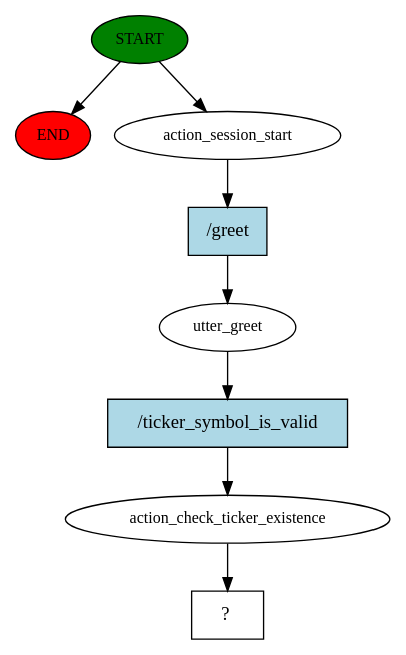
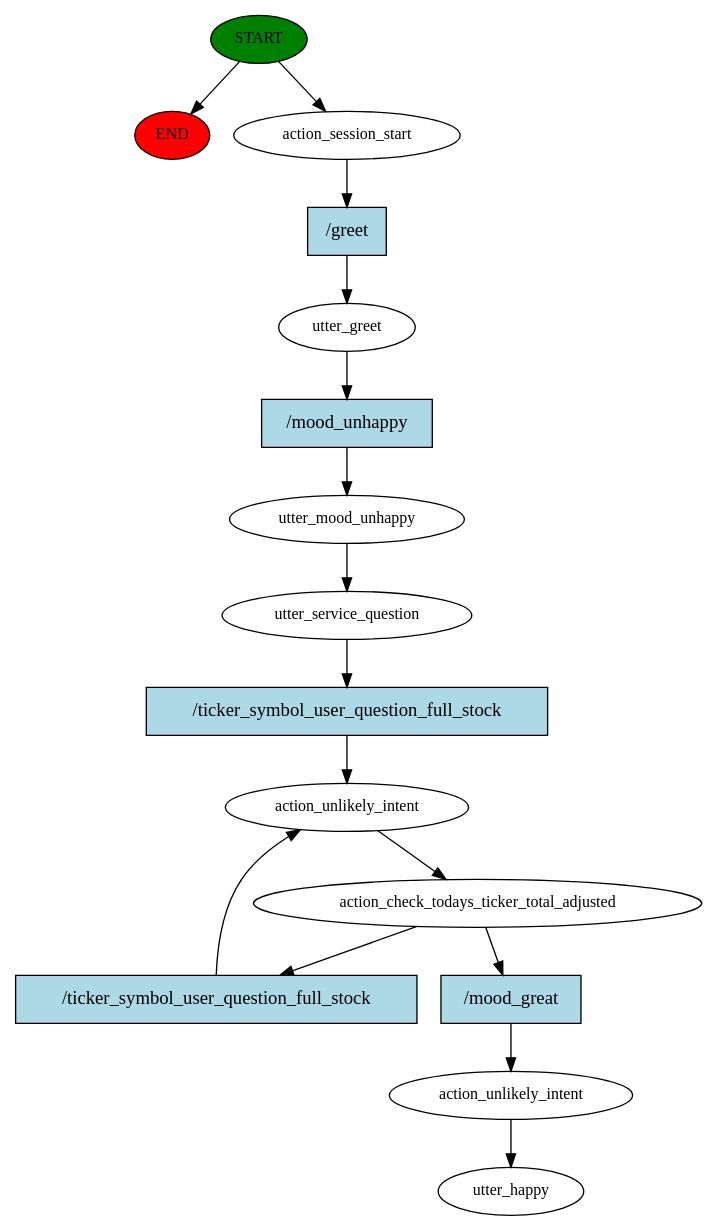
One commit to pauljmello/ChatBot changed the diagram in story_graph.dot. Above: the diagram before and after it, drawn with Graphviz. The commit also changed 749 other files, not shown here.

```diff
--- a/story_graph.dot
+++ b/story_graph.dot
@@ -1,17 +1,32 @@
 digraph  {
 0 [class="start active", fillcolor=green, fontsize=12, label=START, style=filled];
 "-1" [class=end, fillcolor=red, fontsize=12, label=END, style=filled];
 1 [class=active, fontsize=12, label=action_session_start];
 2 [class=active, fontsize=12, label=utter_greet];
-3 [class=active, fontsize=12, label=action_check_ticker_existence];
-4 [class="intent dashed active", label="  ?  ", shape=rect];
-5 [class="intent active", fillcolor=lightblue, label="/greet", shape=rect, style=filled];
-6 [class="intent active", fillcolor=lightblue, label="/ticker_symbol_is_valid", shape=rect, style=filled];
+3 [class=active, fontsize=12, label=utter_mood_unhappy];
+4 [class=active, fontsize=12, label=utter_service_question];
+5 [class=active, fontsize=12, label=action_unlikely_intent];
+6 [class=active, fontsize=12, label=action_check_todays_ticker_total_adjusted];
+15 [class=active, fontsize=12, label=action_unlikely_intent];
+16 [class="dashed active", fontsize=12, label=utter_happy];
+17 [class="intent active", fillcolor=lightblue, label="/greet", shape=rect, style=filled];
+18 [class="intent active", fillcolor=lightblue, label="/mood_unhappy", shape=rect, style=filled];
+19 [class="intent active", fillcolor=lightblue, label="/ticker_symbol_user_question_full_stock", shape=rect, style=filled];
+20 [class="intent active", fillcolor=lightblue, label="/ticker_symbol_user_question_full_stock", shape=rect, style=filled];
+21 [class="intent active", fillcolor=lightblue, label="/mood_great", shape=rect, style=filled];
 0 -> "-1"  [class="", key=NONE, label=""];
 0 -> 1  [class=active, key=NONE, label=""];
-1 -> 5  [class=active, key=0];
-2 -> 6  [class=active, key=0];
+1 -> 17  [class=active, key=0];
+2 -> 18  [class=active, key=0];
 3 -> 4  [class=active, key=NONE, label=""];
-5 -> 2  [class=active, key=0];
-6 -> 3  [class=active, key=0];
+4 -> 19  [class=active, key=0];
+5 -> 6  [class=active, key=NONE, label=""];
+6 -> 20  [class=active, key=0];
+6 -> 21  [class=active, key=0];
+15 -> 16  [class=active, key=NONE, label=""];
+17 -> 2  [class=active, key=0];
+18 -> 3  [class=active, key=0];
+19 -> 5  [class=active, key=0];
+20 -> 5  [class=active, key=0];
+21 -> 15  [class=active, key=0];
 }
```
